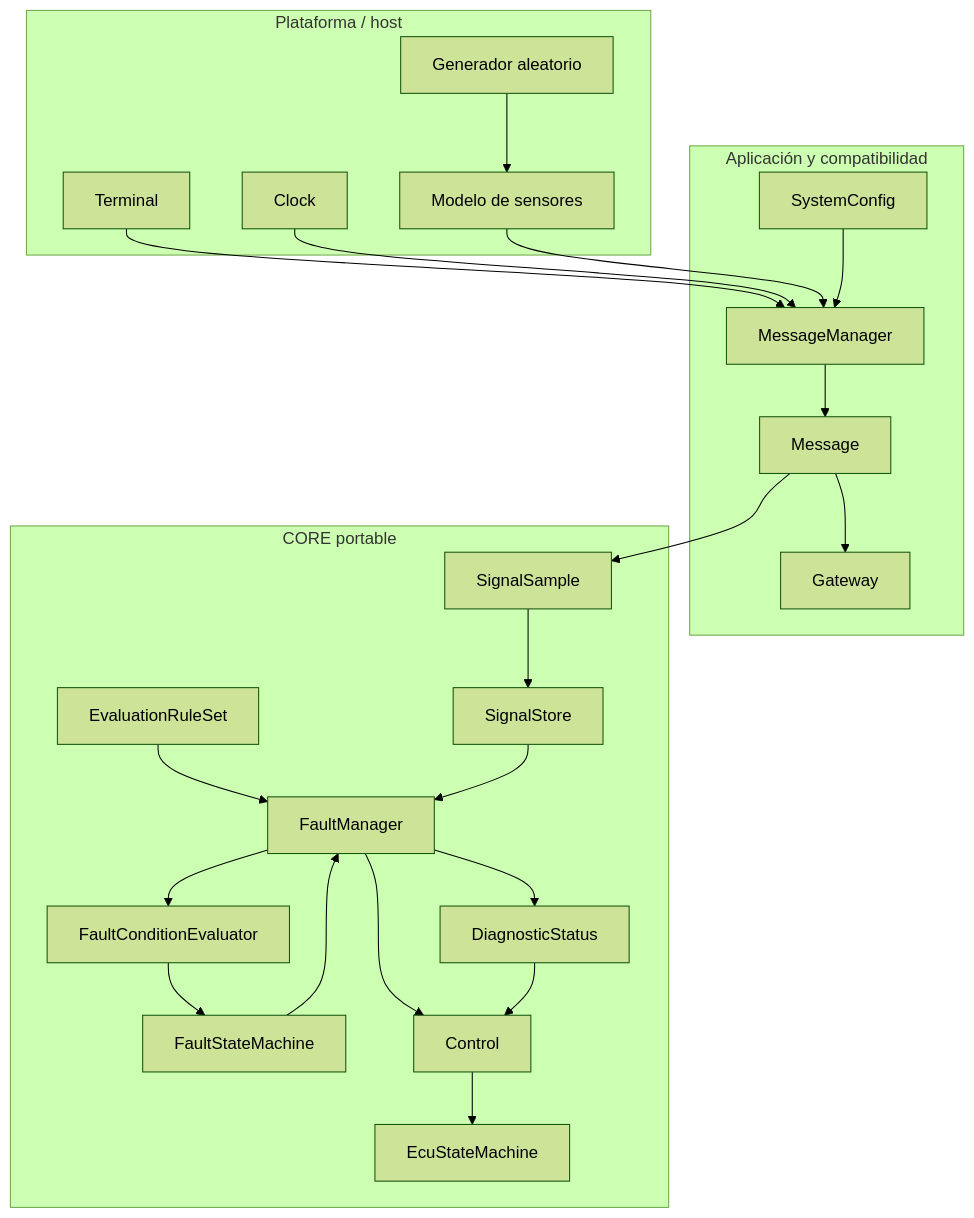
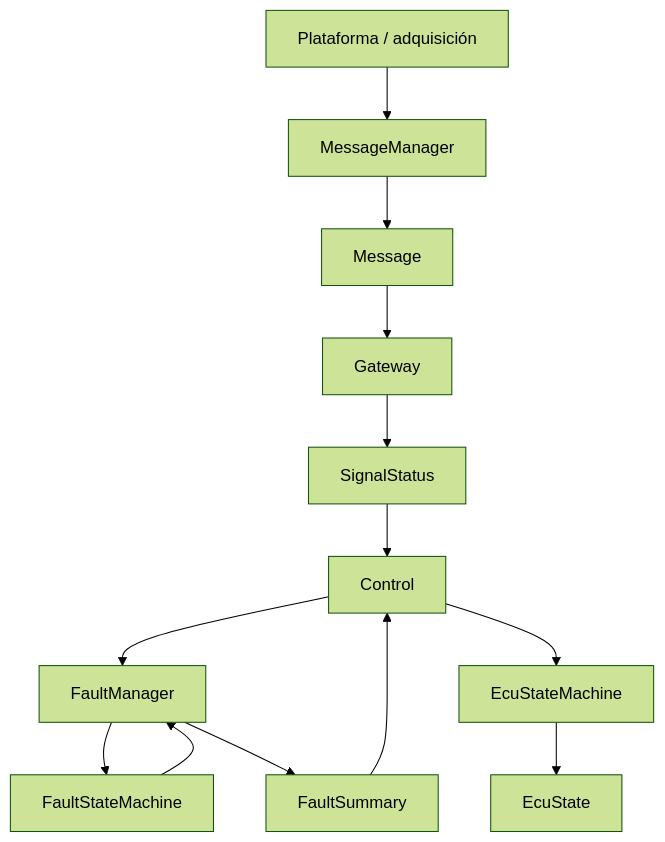
One commit to jccp33/myECU changed the second of 5 diagrams in docs/ARCHITECTURE.md. Above: the diagram before and after it, drawn with Mermaid (forest theme). The commit also changed other lines of this file and 17 other files, not shown here.

Commit message:
refactor(core): consolidate signal configuration

````diff
--- a/docs/ARCHITECTURE.md
+++ b/docs/ARCHITECTURE.md
@@ -5,38 +55,28 @@
 ```mermaid
-flowchart TB
-    subgraph Host[Plataforma / host]
-        Terminal
-        Clock
-        Random[Generador aleatorio]
-        SensorModel[Modelo de sensores]
-    end
-    subgraph Adapter[Aplicación y compatibilidad]
-        Message
-        MessageManager
-        Gateway
-        SystemConfig
-    end
-    subgraph Portable[CORE portable]
-        SignalSample
-        SignalStore
-        Rules[EvaluationRuleSet]
-        Evaluator[FaultConditionEvaluator]
-        FaultFSM[FaultStateMachine]
-        FaultManager
-        Diagnostics[DiagnosticStatus]
-        Control
-        EcuFSM[EcuStateMachine]
-    end
-    Terminal --> MessageManager
-    Clock --> MessageManager
-    Random --> SensorModel --> MessageManager
-    SystemConfig --> MessageManager --> Message --> Gateway
-    Message --> SignalSample --> SignalStore
-    Rules --> FaultManager
-    SignalStore --> FaultManager
-    FaultManager --> Evaluator --> FaultFSM
+flowchart TD
+
+    Platform[Plataforma / adquisición]
+    Manager[MessageManager]
+    Message
+    Gateway
+    Status[SignalStatus]
+    Control
+    FaultManager
+    FaultFSM[FaultStateMachine]
+    Summary[FaultSummary]
+    EcuFSM[EcuStateMachine]
+    State[EcuState]
+
+    Platform --> Manager
+    Manager --> Message
+    Message --> Gateway
+    Gateway --> Status
+    Status --> Control
+    Control --> FaultManager
+    FaultManager --> FaultFSM
     FaultFSM --> FaultManager
-    FaultManager --> Diagnostics
-    FaultManager --> Control
-    Diagnostics --> Control --> EcuFSM
+    FaultManager --> Summary
+    Summary --> Control
+    Control --> EcuFSM
+    EcuFSM --> State
 ```
````
